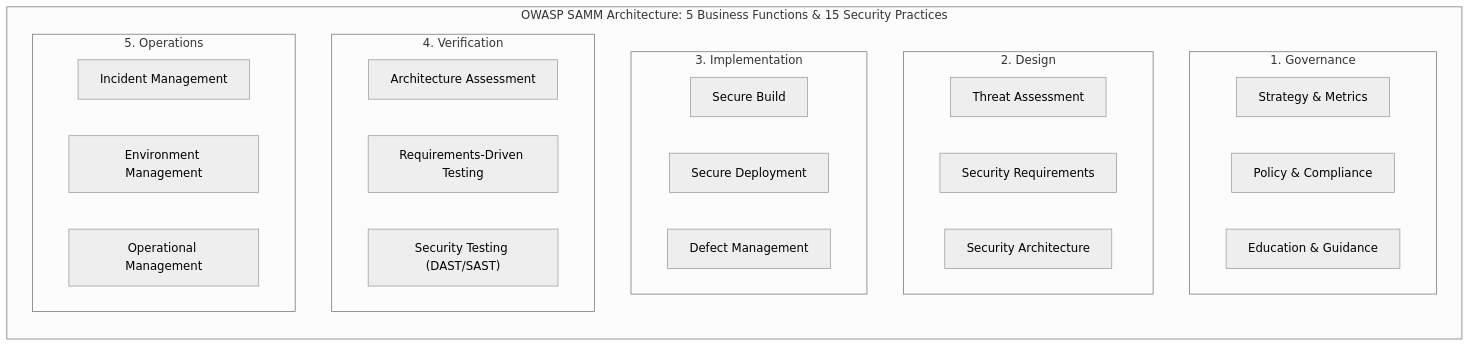
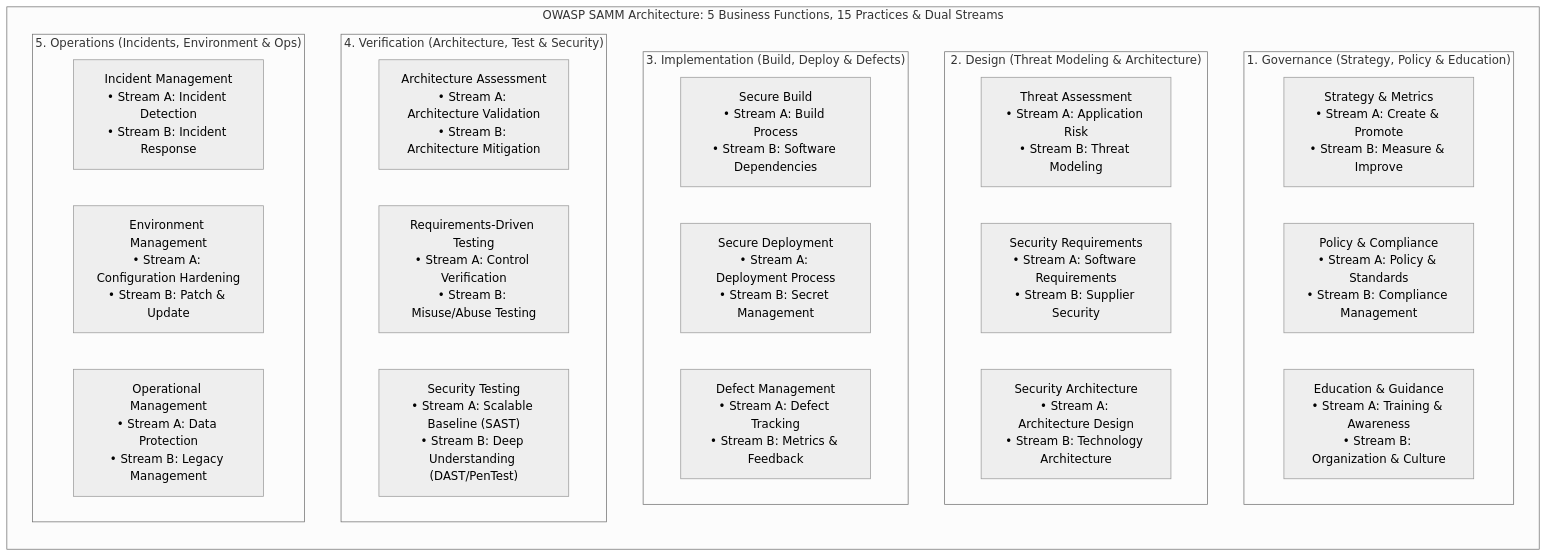
One commit to Fake1Doge/Obsidian-notes changed diagram 57 of 58 in Y2S1/CKS222 Software Process and Life Cycle.md. Above: the diagram before and after it, drawn with Mermaid (neutral theme). The commit also changed other lines of this file and 9 other files, not shown here.

````diff
--- a/Y2S1/CKS222 Software Process and Life Cycle.md
+++ b/Y2S1/CKS222 Software Process and Life Cycle.md
@@ -1627,31 +1785,31 @@
 ```mermaid
 flowchart TD
-    subgraph SAMMFramework["OWASP SAMM Architecture: 5 Business Functions & 15 Security Practices"]
+    subgraph SAMMFramework["OWASP SAMM Architecture: 5 Business Functions, 15 Practices & Dual Streams"]
         direction TB
-        subgraph F1["1. Governance"]
-            G1["Strategy & Metrics"]
-            G2["Policy & Compliance"]
-            G3["Education & Guidance"]
+        subgraph F1["1. Governance (Strategy, Policy & Education)"]
+            G1["Strategy & Metrics<br/>• Stream A: Create & Promote<br/>• Stream B: Measure & Improve"]
+            G2["Policy & Compliance<br/>• Stream A: Policy & Standards<br/>• Stream B: Compliance Management"]
+            G3["Education & Guidance<br/>• Stream A: Training & Awareness<br/>• Stream B: Organization & Culture"]
         end
-        subgraph F2["2. Design"]
-            D1["Threat Assessment"]
-            D2["Security Requirements"]
-            D3["Security Architecture"]
+        subgraph F2["2. Design (Threat Modeling & Architecture)"]
+            D1["Threat Assessment<br/>• Stream A: Application Risk<br/>• Stream B: Threat Modeling"]
+            D2["Security Requirements<br/>• Stream A: Software Requirements<br/>• Stream B: Supplier Security"]
+            D3["Security Architecture<br/>• Stream A: Architecture Design<br/>• Stream B: Technology Architecture"]
         end
-        subgraph F3["3. Implementation"]
-            I1["Secure Build"]
-            I2["Secure Deployment"]
-            I3["Defect Management"]
+        subgraph F3["3. Implementation (Build, Deploy & Defects)"]
+            I1["Secure Build<br/>• Stream A: Build Process<br/>• Stream B: Software Dependencies"]
+            I2["Secure Deployment<br/>• Stream A: Deployment Process<br/>• Stream B: Secret Management"]
+            I3["Defect Management<br/>• Stream A: Defect Tracking<br/>• Stream B: Metrics & Feedback"]
         end
-        subgraph F4["4. Verification"]
-            V1["Architecture Assessment"]
-            V2["Requirements-Driven Testing"]
-            V3["Security Testing (DAST/SAST)"]
+        subgraph F4["4. Verification (Architecture, Test & Security)"]
+            V1["Architecture Assessment<br/>• Stream A: Architecture Validation<br/>• Stream B: Architecture Mitigation"]
+            V2["Requirements-Driven Testing<br/>• Stream A: Control Verification<br/>• Stream B: Misuse/Abuse Testing"]
+            V3["Security Testing<br/>• Stream A: Scalable Baseline (SAST)<br/>• Stream B: Deep Understanding (DAST/PenTest)"]
         end
-        subgraph F5["5. Operations"]
-            O1["Incident Management"]
-            O2["Environment Management"]
-            O3["Operational Management"]
+        subgraph F5["5. Operations (Incidents, Environment & Ops)"]
+            O1["Incident Management<br/>• Stream A: Incident Detection<br/>• Stream B: Incident Response"]
+            O2["Environment Management<br/>• Stream A: Configuration Hardening<br/>• Stream B: Patch & Update"]
+            O3["Operational Management<br/>• Stream A: Data Protection<br/>• Stream B: Legacy Management"]
         end
     end
 ```
````
